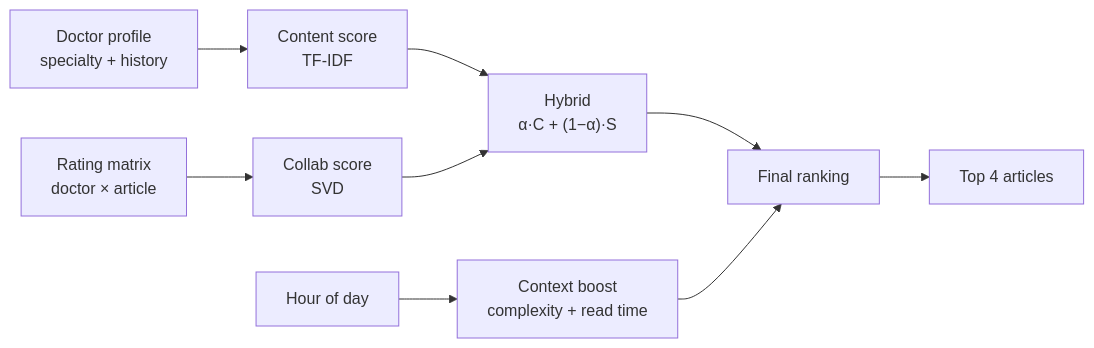
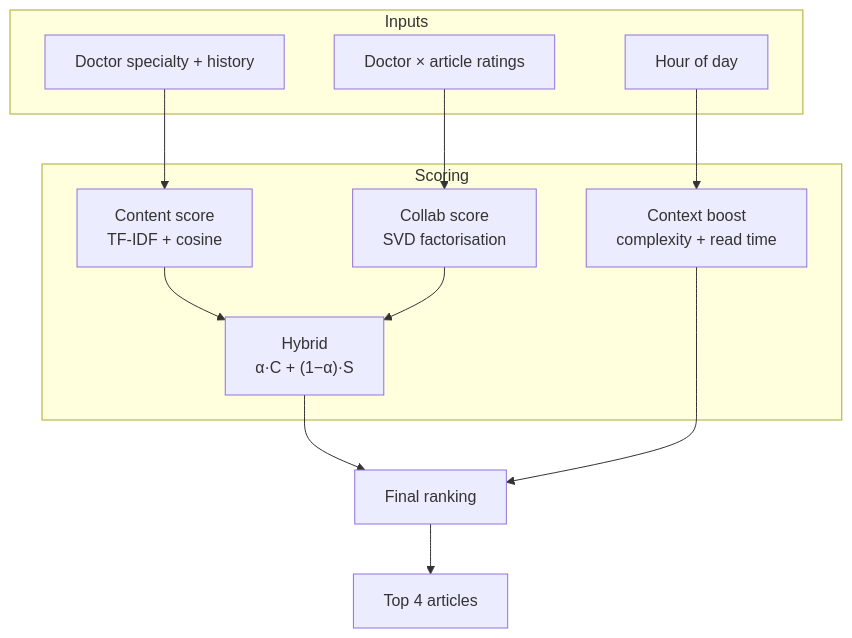
One commit to wasimahmadpk/MedX changed the diagram in README.md. Above: the diagram before and after it, drawn with Mermaid. The commit also changed other lines of this file, not shown here.

Commit message:
docs: streamline README with at-a-glance summary and clearer demo flow

````diff
--- a/README.md
+++ b/README.md
@@ -54,11 +53,24 @@
 ```mermaid
-flowchart LR
-  A[Doctor profile\nspecialty + history] --> C[Content score\nTF-IDF]
-  B[Rating matrix\ndoctor × article] --> D[Collab score\nSVD]
-  C --> E["Hybrid\nα·C + (1−α)·S"]
-  D --> E
-  F[Hour of day] --> G[Context boost\ncomplexity + read time]
-  E --> H[Final ranking]
-  G --> H
-  H --> I[Top 4 articles]
+flowchart TB
+  subgraph inputs [Inputs]
+    D[Doctor specialty + history]
+    R[Doctor × article ratings]
+    T[Hour of day]
+  end
+
+  subgraph models [Scoring]
+    C[Content score\nTF-IDF + cosine]
+    S[Collab score\nSVD factorisation]
+    H["Hybrid\nα·C + (1−α)·S"]
+    X[Context boost\ncomplexity + read time]
+  end
+
+  D --> C
+  R --> S
+  C --> H
+  S --> H
+  T --> X
+  H --> F[Final ranking]
+  X --> F
+  F --> O[Top 4 articles]
 ```
````
